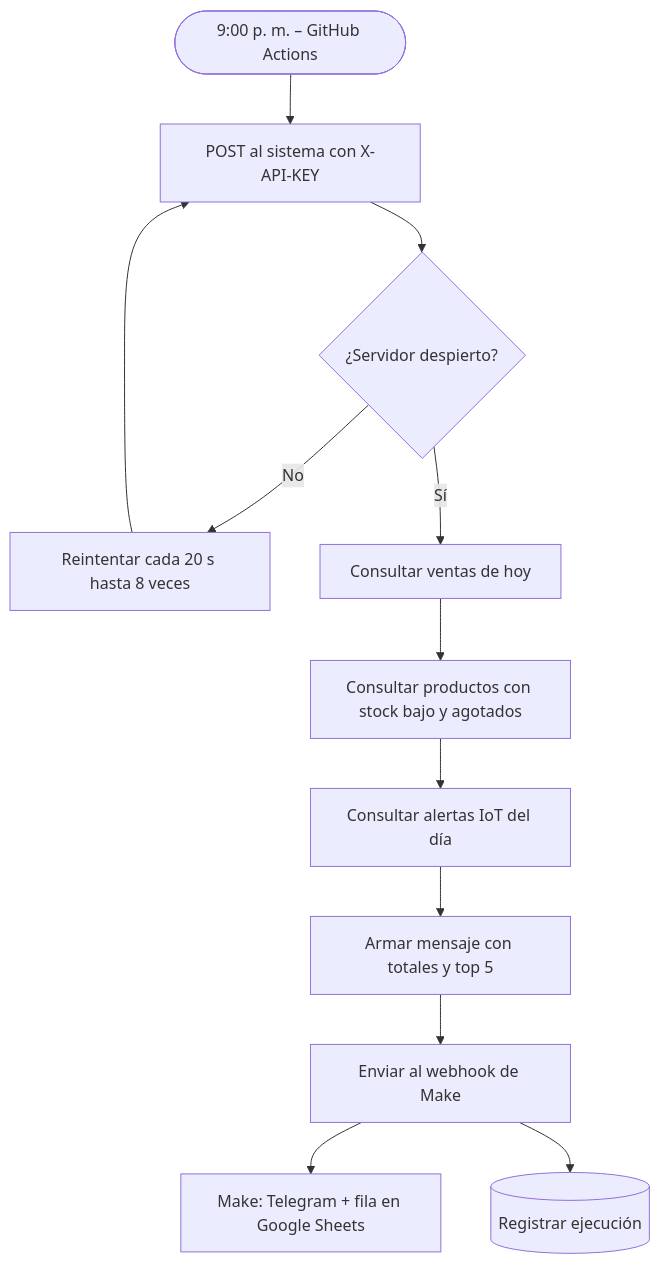
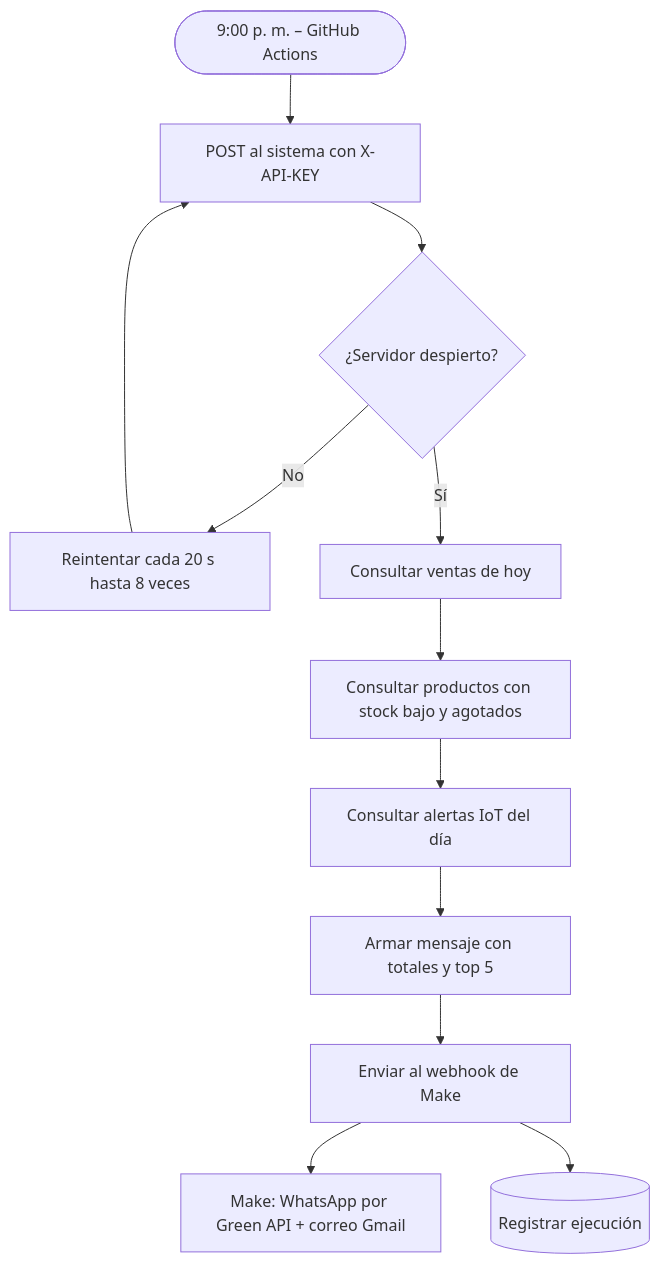
One commit to Nva-15/sistema-panaderia-los-andes changed the second of 4 diagrams in docs/avance4/informe_avance4.md. Above: the diagram before and after it, drawn with Mermaid. The commit also changed other lines of this file and 37 other files, not shown here.

````diff
--- a/docs/avance4/informe_avance4.md
+++ b/docs/avance4/informe_avance4.md
@@ -70,13 +70,13 @@
 ```mermaid
 flowchart TD
     A([9:00 p. m. – GitHub Actions]) --> B[POST al sistema con X-API-KEY]
     B --> C{¿Servidor despierto?}
     C -- No --> D[Reintentar cada 20 s hasta 8 veces] --> B
     C -- Sí --> E[Consultar ventas de hoy]
     E --> F[Consultar productos con stock bajo y agotados]
     F --> G[Consultar alertas IoT del día]
     G --> H[Armar mensaje con totales y top 5]
     H --> I[Enviar al webhook de Make]
-    I --> J[Make: Telegram + fila en Google Sheets]
+    I --> J[Make: WhatsApp por Green API + correo Gmail]
     I --> K[(Registrar ejecución)]
 ```
````
